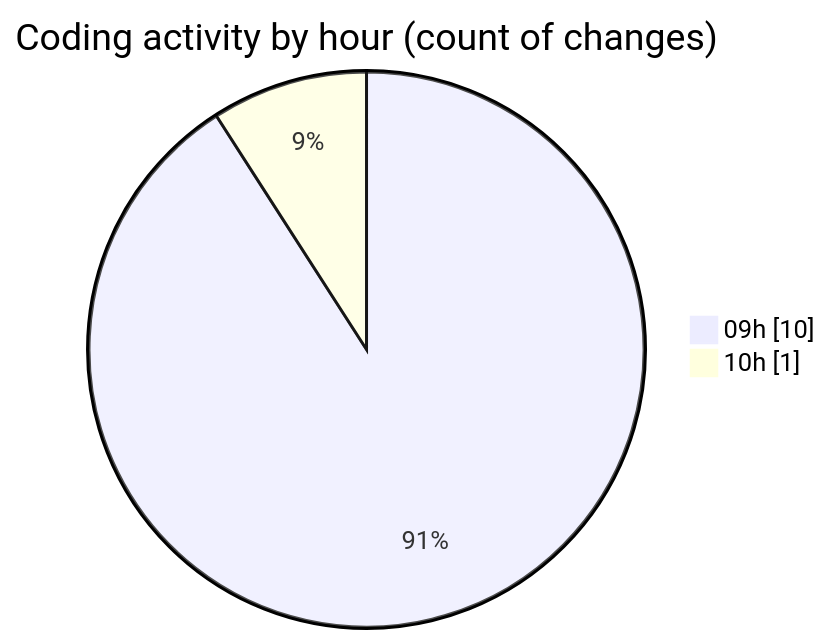
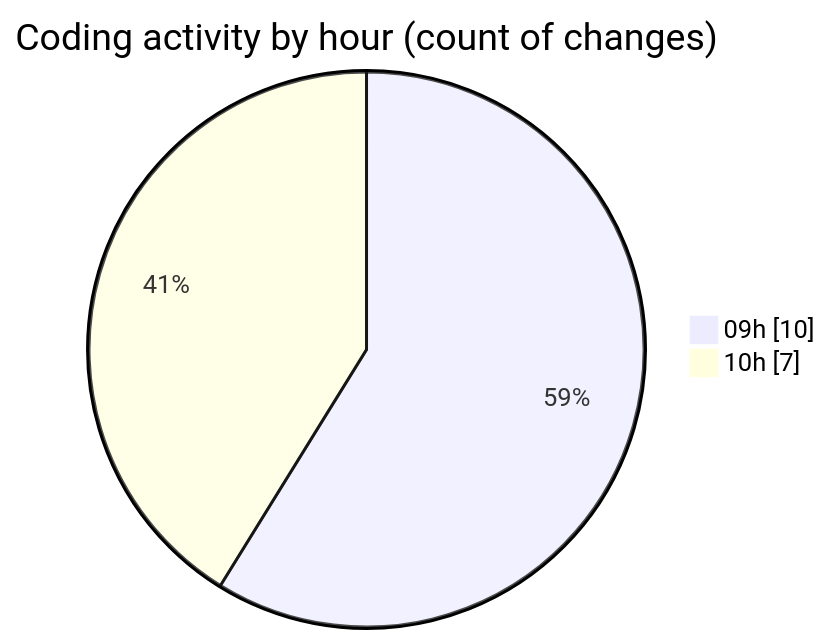
The second of 2 diagrams in 2025-03-21/myws__workspace_/README.md (MatusMokan/code-tracking), drawn with Mermaid before and after one commit. The commit also changed other lines of this file and 1 other file, not shown here.

````diff
--- a/2025-03-21/myws__workspace_/README.md
+++ b/2025-03-21/myws__workspace_/README.md
@@ -28,6 +28,6 @@
 ```mermaid
 pie showData
 title Coding activity by hour (count of changes)
 "09h" : 10
-"10h" : 1
+"10h" : 7
 ```
````
